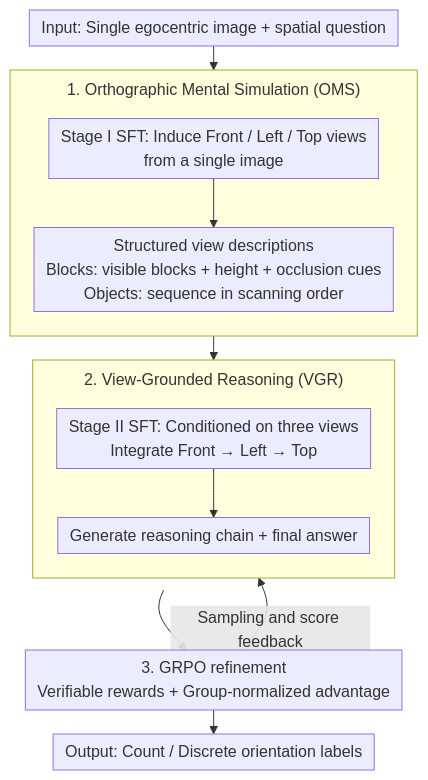
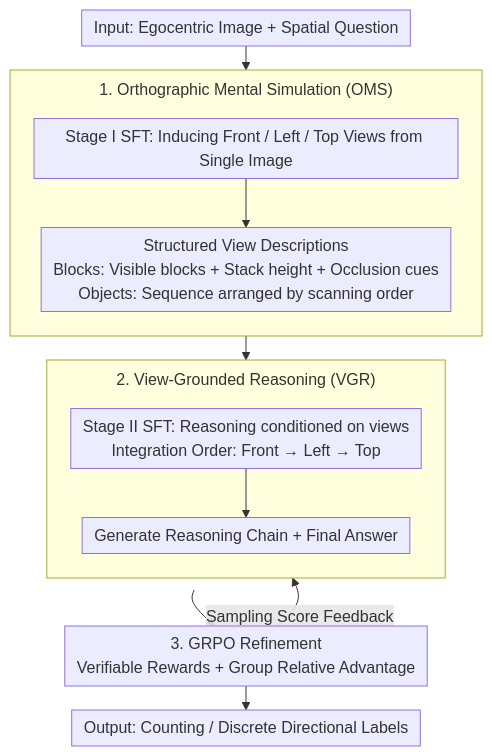
The diagram in docs/ICML2026/vlm_reasoning/3viewsense_spatial_and_mental_perspective_reasoning_from_orthographic_views_in_v.md (zhaoyang97/Paper-Notes-en), drawn with Mermaid before and after one commit. The commit also changed other lines of this file and 5084 other files, not shown here.

````diff
--- a/docs/ICML2026/vlm_reasoning/3viewsense_spatial_and_mental_perspective_reasoning_from_orthographic_views_in_v.md
+++ b/docs/ICML2026/vlm_reasoning/3viewsense_spatial_and_mental_perspective_reasoning_from_orthographic_views_in_v.md
@@ -44,17 +44,17 @@
 ```mermaid
 %%{init: {'flowchart': {'rankSpacing': 24, 'nodeSpacing': 28, 'padding': 6, 'wrappingWidth': 400, 'subGraphTitleMargin': {'top': 8, 'bottom': 16}}}}%%
 flowchart TD
-    A["Input: Single egocentric image + spatial question"] --> SIM
+    A["Input: Egocentric Image + Spatial Question"] --> SIM
     subgraph SIM["1. Orthographic Mental Simulation (OMS)"]
         direction TB
-        B["Stage I SFT: Induce Front / Left / Top views<br/>from a single image"] --> C["Structured view descriptions<br/>Blocks: visible blocks + height + occlusion cues<br/>Objects: sequence in scanning order"]
+        B["Stage I SFT: Inducing Front / Left / Top Views from Single Image"] --> C["Structured View Descriptions<br/>Blocks: Visible blocks + Stack height + Occlusion cues<br/>Objects: Sequence arranged by scanning order"]
     end
     SIM --> RSN
     subgraph RSN["2. View-Grounded Reasoning (VGR)"]
         direction TB
-        D["Stage II SFT: Conditioned on three views<br/>Integrate Front → Left → Top"] --> E["Generate reasoning chain + final answer"]
+        D["Stage II SFT: Reasoning conditioned on views<br/>Integration Order: Front → Left → Top"] --> E["Generate Reasoning Chain + Final Answer"]
     end
-    RSN --> F["3. GRPO refinement<br/>Verifiable rewards + Group-normalized advantage"]
-    F -->|Sampling and score feedback| D
-    F --> G["Output: Count / Discrete orientation labels"]
+    RSN --> F["3. GRPO Refinement<br/>Verifiable Rewards + Group Relative Advantage"]
+    F -->|Sampling Score Feedback| D
+    F --> G["Output: Counting / Discrete Directional Labels"]
 ```
````
